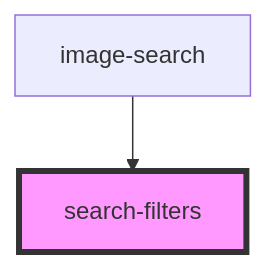
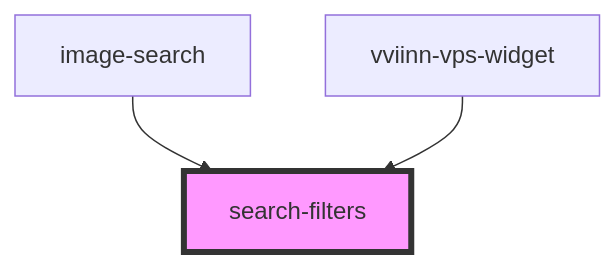
One commit to vviinn/widgets changed the diagram in src/components/image-search/search-filters/readme.md. Above: the diagram before and after it, drawn with Mermaid. The commit also changed other lines of this file and 25 other files, not shown here.

````diff
--- a/src/components/image-search/search-filters/readme.md
+++ b/src/components/image-search/search-filters/readme.md
@@ -29,5 +37,6 @@
 ```mermaid
 graph TD;
   image-search --> search-filters
+  vviinn-vps-widget --> search-filters
   style search-filters fill:#f9f,stroke:#333,stroke-width:4px
 ```
````
